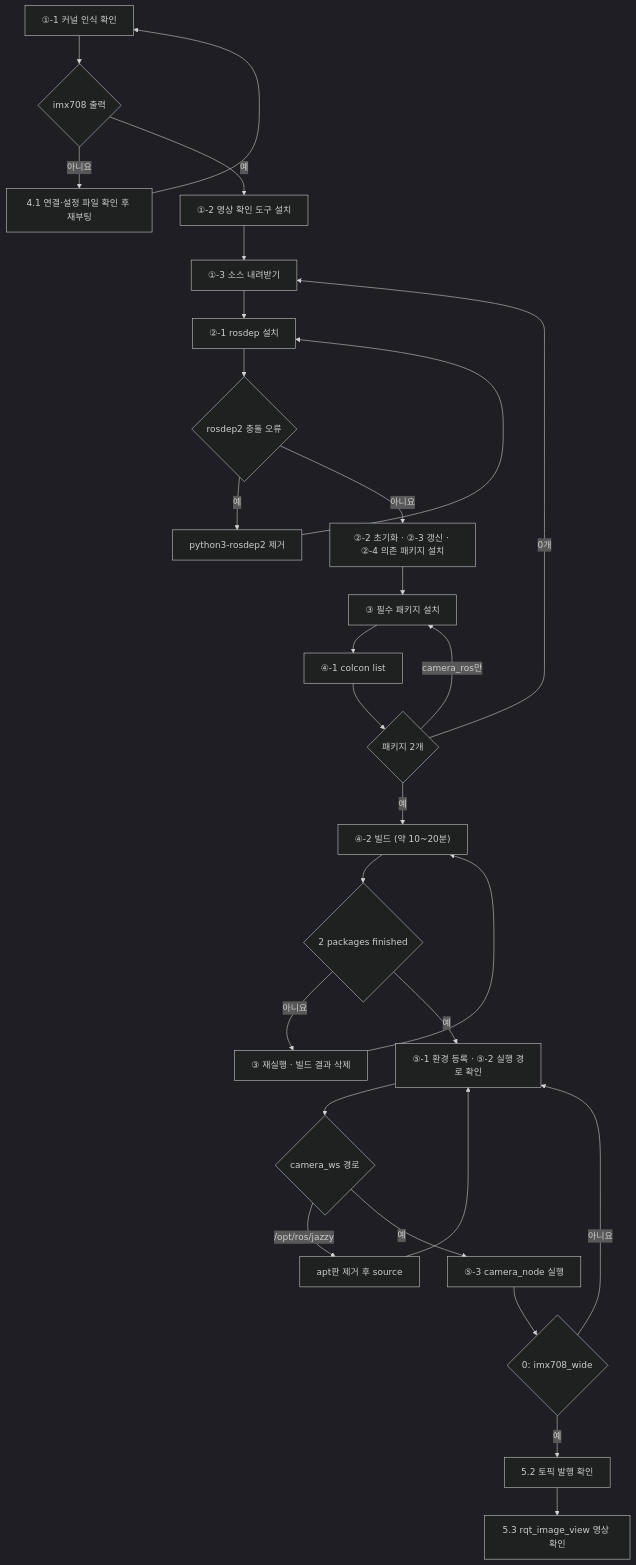
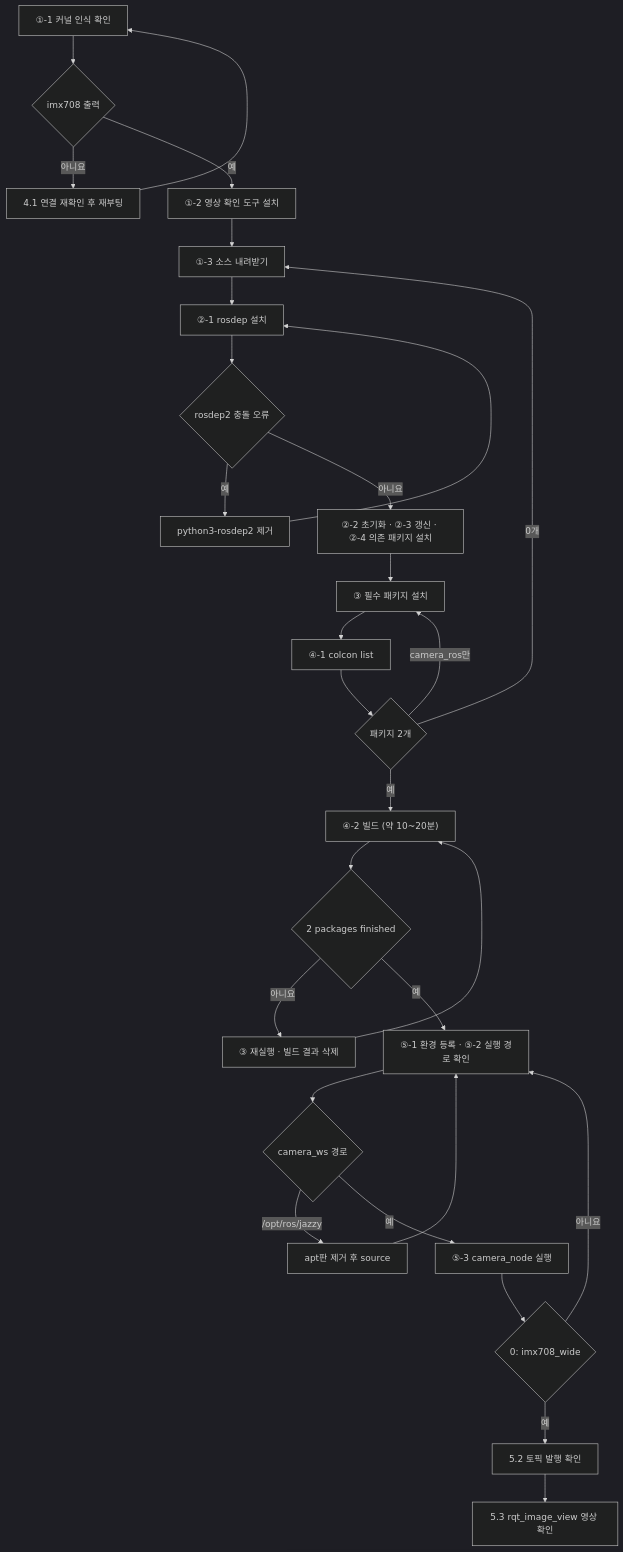
One commit to Daesung7723/ROS2 changed the diagram in Lectures/Day04_카메라와_영상처리.md. Above: the diagram before and after it, drawn with Mermaid (dark theme). The commit also changed other lines of this file, not shown here.

````diff
--- a/Lectures/Day04_카메라와_영상처리.md
+++ b/Lectures/Day04_카메라와_영상처리.md
@@ -404,31 +381,31 @@
 ```mermaid
 flowchart TD
     S1["①-1 커널 인식 확인"] --> Q1{"imx708 출력"}
-    Q1 -->|아니요| F1["4.1 연결·설정 파일 확인 후 재부팅"]
+    Q1 -->|아니요| F1["4.1 연결 재확인 후 재부팅"]
     F1 --> S1
     Q1 -->|예| S2["①-2 영상 확인 도구 설치"]
     S2 --> S3["①-3 소스 내려받기"]
     S3 --> S4["②-1 rosdep 설치"]
     S4 --> Q4{"rosdep2 충돌 오류"}
     Q4 -->|예| F4["python3-rosdep2 제거"]
     F4 --> S4
     Q4 -->|아니요| S5["②-2 초기화 · ②-3 갱신 · ②-4 의존 패키지 설치"]
     S5 --> S6["③ 필수 패키지 설치"]
     S6 --> S7["④-1 colcon list"]
     S7 --> Q7{"패키지 2개"}
     Q7 -->|0개| S3
     Q7 -->|camera_ros만| S6
     Q7 -->|예| S8["④-2 빌드 (약 10~20분)"]
     S8 --> Q8{"2 packages finished"}
     Q8 -->|아니요| F8["③ 재실행 · 빌드 결과 삭제"]
     F8 --> S8
     Q8 -->|예| S9["⑤-1 환경 등록 · ⑤-2 실행 경로 확인"]
     S9 --> Q9{"camera_ws 경로"}
     Q9 -->|/opt/ros/jazzy| F9["apt판 제거 후 source"]
     F9 --> S9
     Q9 -->|예| S10["⑤-3 camera_node 실행"]
     S10 --> Q10{"0: imx708_wide"}
     Q10 -->|아니요| S9
     Q10 -->|예| S11["5.2 토픽 발행 확인"]
     S11 --> S12["5.3 rqt_image_view 영상 확인"]
 ```
````
